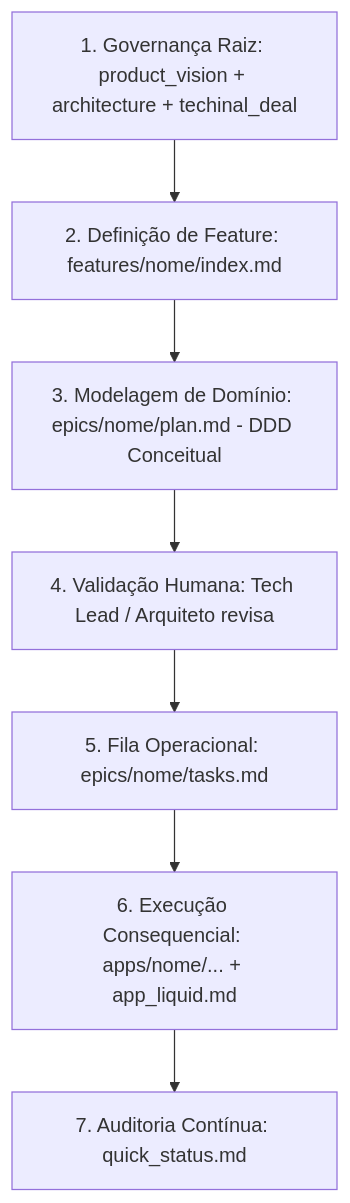
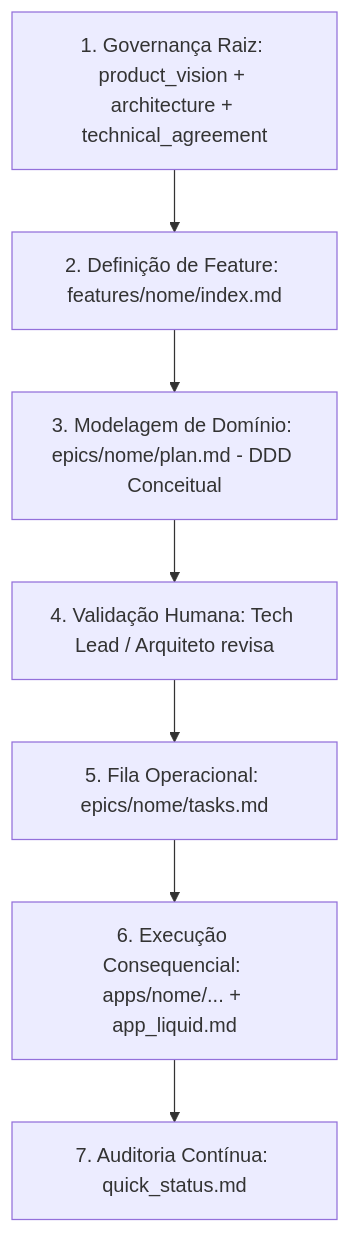
One commit to m4rc0s/agentic_sample changed the diagram in README.md. Above: the diagram before and after it, drawn with Mermaid. The commit also changed other lines of this file and 55 other files, not shown here.

First line of the commit message:
feat(site): publication foundation, technical agreement rename, and DoD amendment (#5)

````diff
--- a/README.md
+++ b/README.md
@@ -132,9 +132,9 @@
 ```mermaid
 flowchart TD
-    A[1. Governança Raiz: product_vision + architecture + techinal_deal] --> B[2. Definição de Feature: features/nome/index.md]
+    A[1. Governança Raiz: product_vision + architecture + technical_agreement] --> B[2. Definição de Feature: features/nome/index.md]
     B --> C[3. Modelagem de Domínio: epics/nome/plan.md - DDD Conceitual]
     C --> D[4. Validação Humana: Tech Lead / Arquiteto revisa]
     D --> E[5. Fila Operacional: epics/nome/tasks.md]
     E --> F[6. Execução Consequencial: apps/nome/... + app_liquid.md]
     F --> G[7. Auditoria Contínua: quick_status.md]
 ```
````
